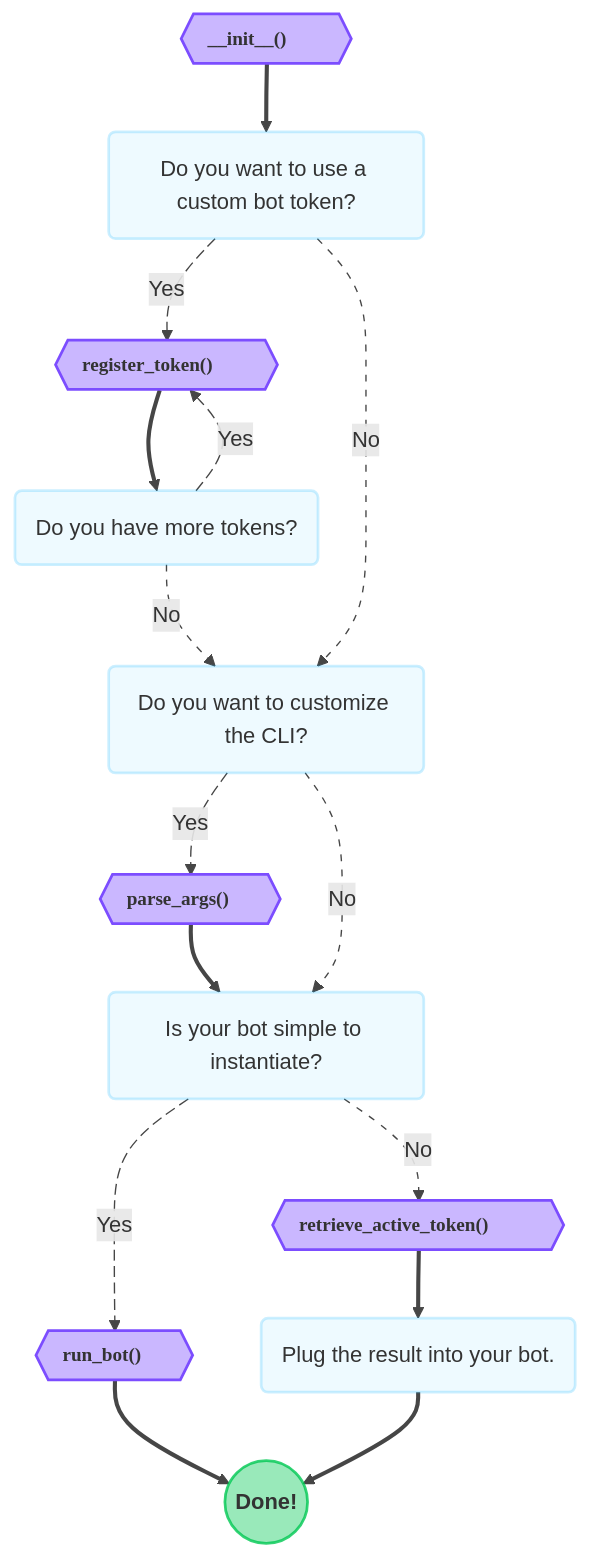
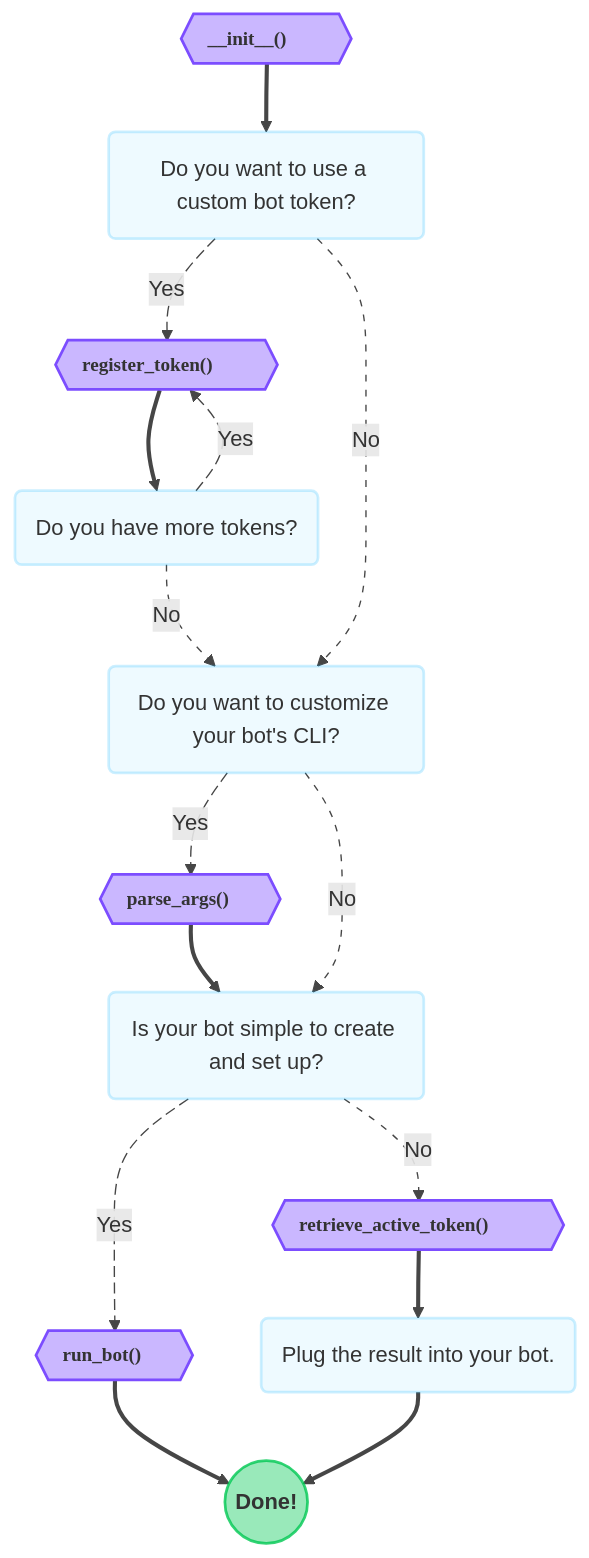
One commit to nuztalgia/botstrap changed the diagram in docs/api/botstrap.md. Above: the diagram before and after it, drawn with Mermaid. The commit also changed other lines of this file and 3 other files, not shown here.

Commit message:
Rearrange parameters and clarify docs/examples for main Botstrap flow.

````diff
--- a/docs/api/botstrap.md
+++ b/docs/api/botstrap.md
@@ -16,39 +21,39 @@
       ```mermaid
       flowchart TB
           A{{"&thinsp;__init__()&thinsp;&emsp;&emsp;"}}
           A --> B("Do you want to use a custom bot token?")
           B -- Yes --> C{{"&thinsp;register_token()&thinsp;&emsp;&emsp;"}}
           C --> D("Do you have more tokens?")
           D -- Yes --> C
-          D -- No --> E("Do you want to customize the CLI?")
+          D -- No --> E("Do you want to customize your bot's CLI?")
           B -- No --> E
           E -- Yes --> F{{"&thinsp;parse_args()&ensp;&emsp;"}}
-          F --> G("Is your bot simple to instantiate?")
+          F --> G("Is your bot simple to create and set up?")
           E -- No --> G
           G -- Yes --> H{{"&thinsp;run_bot()&ensp;&emsp;"}}
           G -- No --> I{{"&thinsp;retrieve_active_token() &ensp;&emsp;&emsp;"}}
           I --> J("Plug the result into your bot.")
           H --> K(("Done!"))
           J --> K
 
           click A "#botstrap.flow.Botstrap.__init__"
           click C "#botstrap.flow.Botstrap.register_token"
           click F "#botstrap.flow.Botstrap.parse_args"
           click H "#botstrap.flow.Botstrap.run_bot"
           click I "#botstrap.flow.Botstrap.retrieve_active_token"
 
           class A,C,F,H,I method;
           classDef method font-family: Roboto Mono, font-size: 14px, font-weight: bold
           classDef method fill: #7c4dff66, stroke: #7c4dffff, stroke-width: 2px
 
           class B,D,E,G,J textBox;
           classDef textBox fill: #00b0ff11, stroke: #00b0ff33, stroke-width: 2px
 
           class K lastNode;
           classDef lastNode fill: #00c85366, stroke: #00c853cc
           classDef lastNode font-weight: bold, stroke-width: 2px
 
           linkStyle 1,3,6,9 opacity: 0.9, stroke-dasharray: 8 4
           linkStyle 4,5,8,10 opacity: 0.9, stroke-dasharray: 5 6
           linkStyle 0,2,7,11,12,13 opacity: 0.9, stroke-width: 3px
       ```
````
